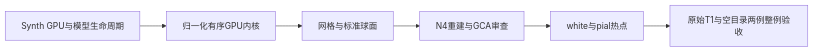
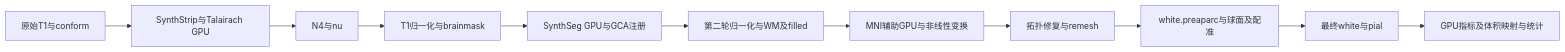
One commit to weikanggong1/Fudan-Neuroimaging-toolkit changed the diagram in docs/recon_all/SERIAL_OPTIMIZATION.md. Above: the diagram before and after it, drawn with Mermaid. The commit also changed other lines of this file and 399 other files, not shown here.

```diff
--- a/docs/recon_all/SERIAL_OPTIMIZATION.md
+++ b/docs/recon_all/SERIAL_OPTIMIZATION.md
@@ -12,8 +13,13 @@
 ~~~mermaid
 flowchart LR
-  A[Synth GPU与模型生命周期] --> B[归一化有序GPU内核]
-  B --> C[网格与标准球面]
-  C --> D[N4重建与GCA审查]
-  D --> E[white与pial热点]
-  E --> F[原始T1与空目录两例整例验收]
+  A[原始T1与conform] --> B[SynthStrip与Talairach GPU]
+  B --> C[N4与nu]
+  C --> D[T1归一化与brainmask]
+  D --> E[SynthSeg GPU与GCA注册]
+  E --> F[第二轮归一化与WM及filled]
+  F --> G[MNI辅助GPU与非线性变换]
+  G --> H[拓扑修复与remesh]
+  H --> I[white.preaparc与球面及配准]
+  I --> J[最终white与pial]
+  J --> K[GPU指标及体积映射与统计]
 ~~~
```
